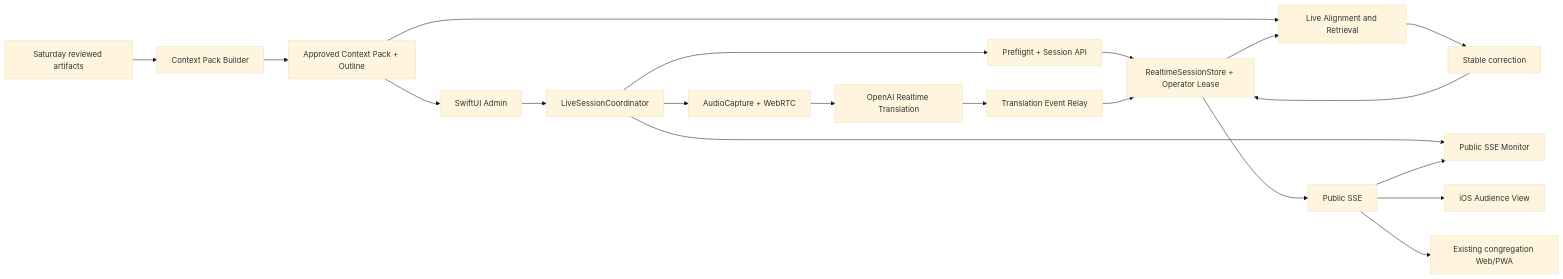
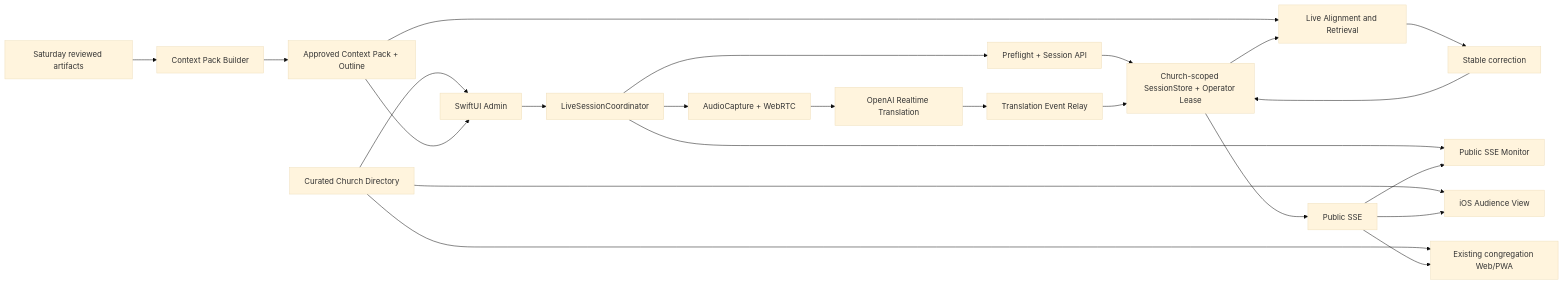
One commit to JonathanJing/sermon-video-zh-subtitles changed the third of 5 diagrams in docs/ios-live-sermon-translation-app.zh.md. Above: the diagram before and after it, drawn with Mermaid (base theme). The commit also changed other lines of this file, not shown here.

Commit message:
docs: define centralized church option C

````diff
--- a/docs/ios-live-sermon-translation-app.zh.md
+++ b/docs/ios-live-sermon-translation-app.zh.md
@@ -215,22 +311,25 @@
 ```mermaid
 flowchart LR
+    Q[Curated Church Directory] --> A[SwiftUI Admin]
+    Q --> O[iOS Audience View]
+    Q --> P[Existing congregation Web/PWA]
     A[SwiftUI Admin] --> B[LiveSessionCoordinator]
     B --> C[Preflight + Session API]
     B --> D[AudioCapture + WebRTC]
     B --> E[Public SSE Monitor]
     F[Saturday reviewed artifacts] --> G[Context Pack Builder]
     G --> H[Approved Context Pack + Outline]
     H --> A
     H --> I[Live Alignment and Retrieval]
-    C --> J[RealtimeSessionStore + Operator Lease]
+    C --> J[Church-scoped SessionStore + Operator Lease]
     D --> K[OpenAI Realtime Translation]
     K --> L[Translation Event Relay]
     L --> J
     J --> I
     I --> M[Stable correction]
     M --> J
     J --> N[Public SSE]
     N --> E
     N --> O[iOS Audience View]
     N --> P[Existing congregation Web/PWA]
 ```
````
